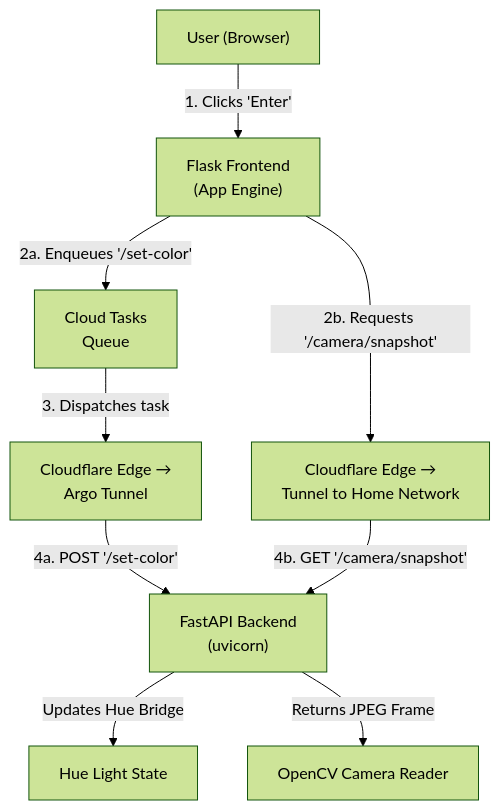
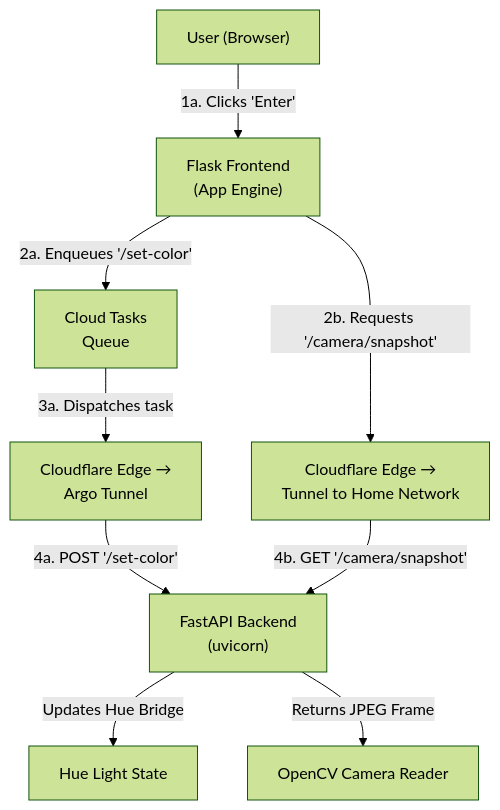
Before and after one commit to zwingthomas/LightsOn: the diagram in README.md, drawn with Mermaid (forest theme).

Commit message:
Documentation

````diff
--- a/README.md
+++ b/README.md
@@ -29,22 +29,22 @@
 ```mermaid
 flowchart TD
     A["User (Browser)"] 
     B["Flask Frontend<br>(App Engine)"]
     T["Cloud Tasks<br>Queue"]
     CFE["Cloudflare Edge →<br>Tunnel to Home Network"]
     CFA["Cloudflare Edge →<br>Argo Tunnel"]
     F["FastAPI Backend<br>(uvicorn)"]
     H["Hue Light State"]
     O["OpenCV Camera Reader"]
 
-    A -->|1. Clicks 'Enter'| B
+    A -->|1a. Clicks 'Enter'| B
     B -->|2a. Enqueues '/set-color'| T
     B -->|2b. Requests '/camera/snapshot'| CFE
 
-    T -->|3. Dispatches task| CFA
+    T -->|3a. Dispatches task| CFA
     CFA -->|4a. POST '/set-color'| F
     CFE -->|4b. GET '/camera/snapshot'| F
 
     F -->|Updates Hue Bridge| H
     F -->|Returns JPEG Frame| O
 ```
````
